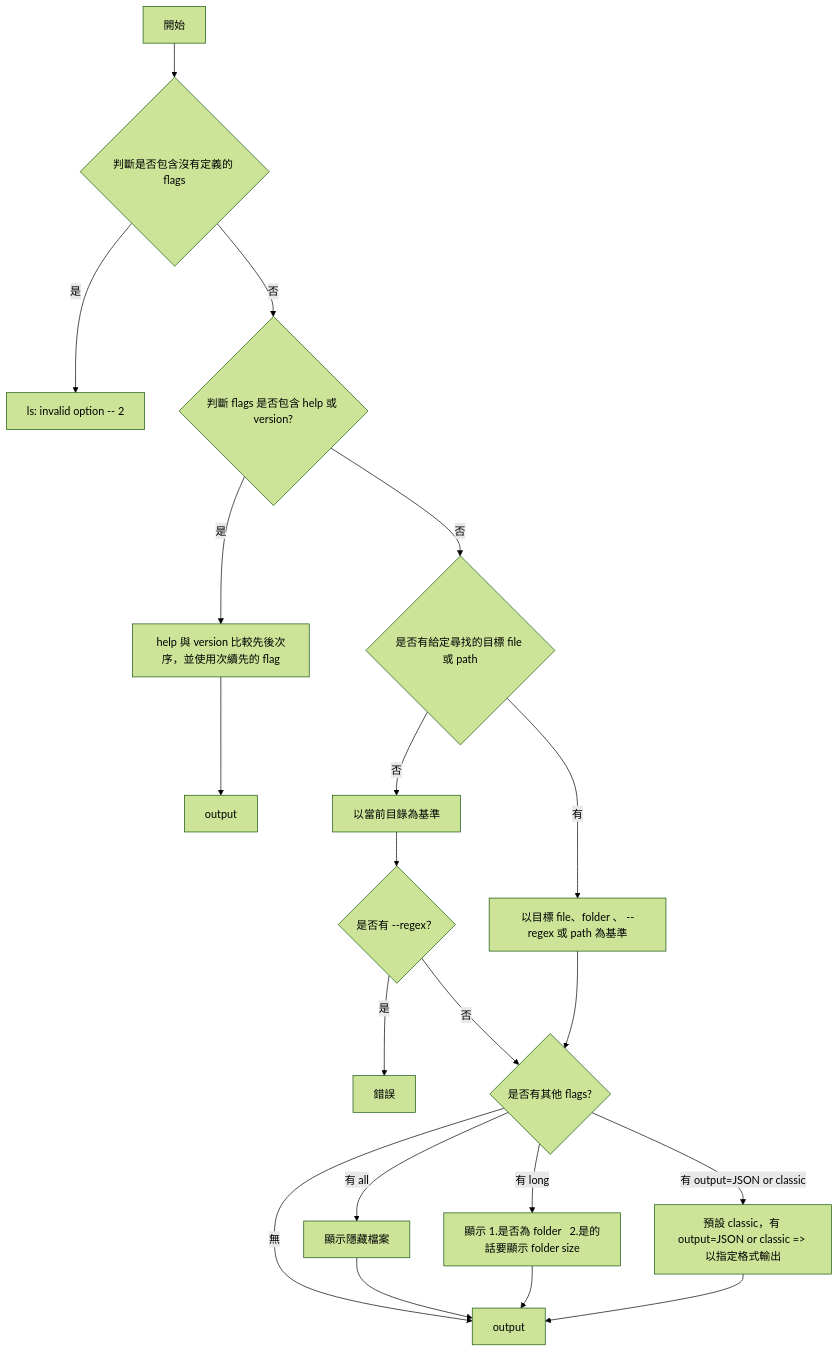
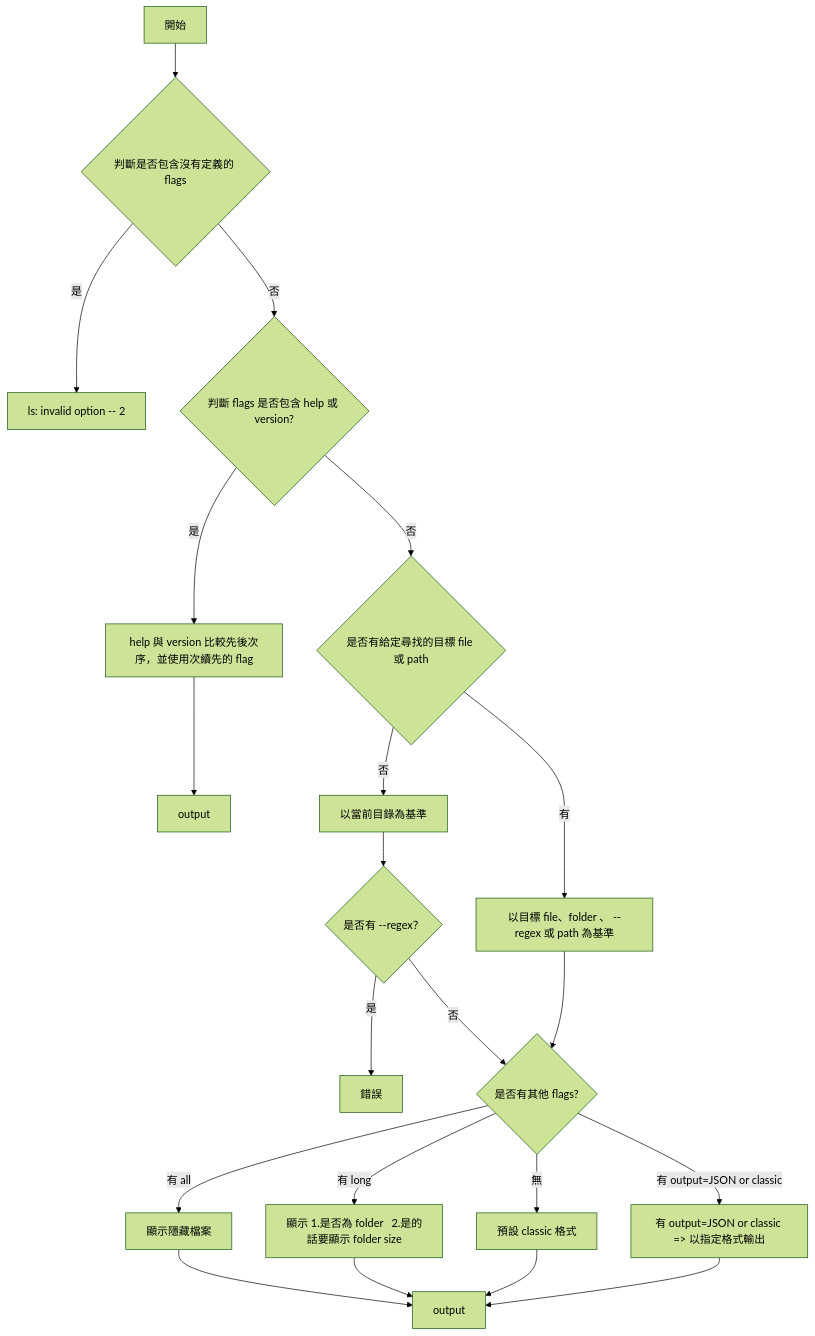
The diagram in docs/spec.md (riverkuo/my-ls), drawn with Mermaid (forest theme) before and after one commit.

Commit message:
docs：更改邏輯圖

````diff
--- a/docs/spec.md
+++ b/docs/spec.md
@@ -48,24 +48,25 @@
 ```mermaid
 
 graph TD
     A[開始] --> B{判斷是否包含沒有定義的 flags};
     B -- 是 --> C[ls: invalid option -- 2];
     B -- 否 --> D{判斷 flags 是否包含 help 或 version?};
     D -- 是 --> E[help 與 version 比較先後次序，並使用次續先的 flag];
     E --> R[output]
     D -- 否 --> F{是否有給定尋找的目標 file 或 path};
     F -- 有 --> G[以目標 file、folder 、 --regex 或 path 為基準]
     F -- 否 --> H[以當前目錄為基準]
     H --> N{是否有 --regex？}
     N -- 是 --> O[錯誤]
     N -- 否 --> I{是否有其他 flags?}
     G --> I
-    I -- 無 --> J[output]
+    I -- 無 --> P[預設 classic 格式]
     I -- 有 all --> L[顯示隱藏檔案]
     I -- 有 long --> M[顯示 1.是否為 folder   2.是的話要顯示 folder size]
-    I -- 有 output=JSON or classic --> P[預設 classic，有 output=JSON or classic => 以指定格式輸出]
-    L --> J
+    I -- 有 output=JSON or classic --> X[有 output=JSON or classic => 以指定格式輸出]
+    L --> J[output]
     M --> J
     P --> J
+    X --> J
 
 ```
````
